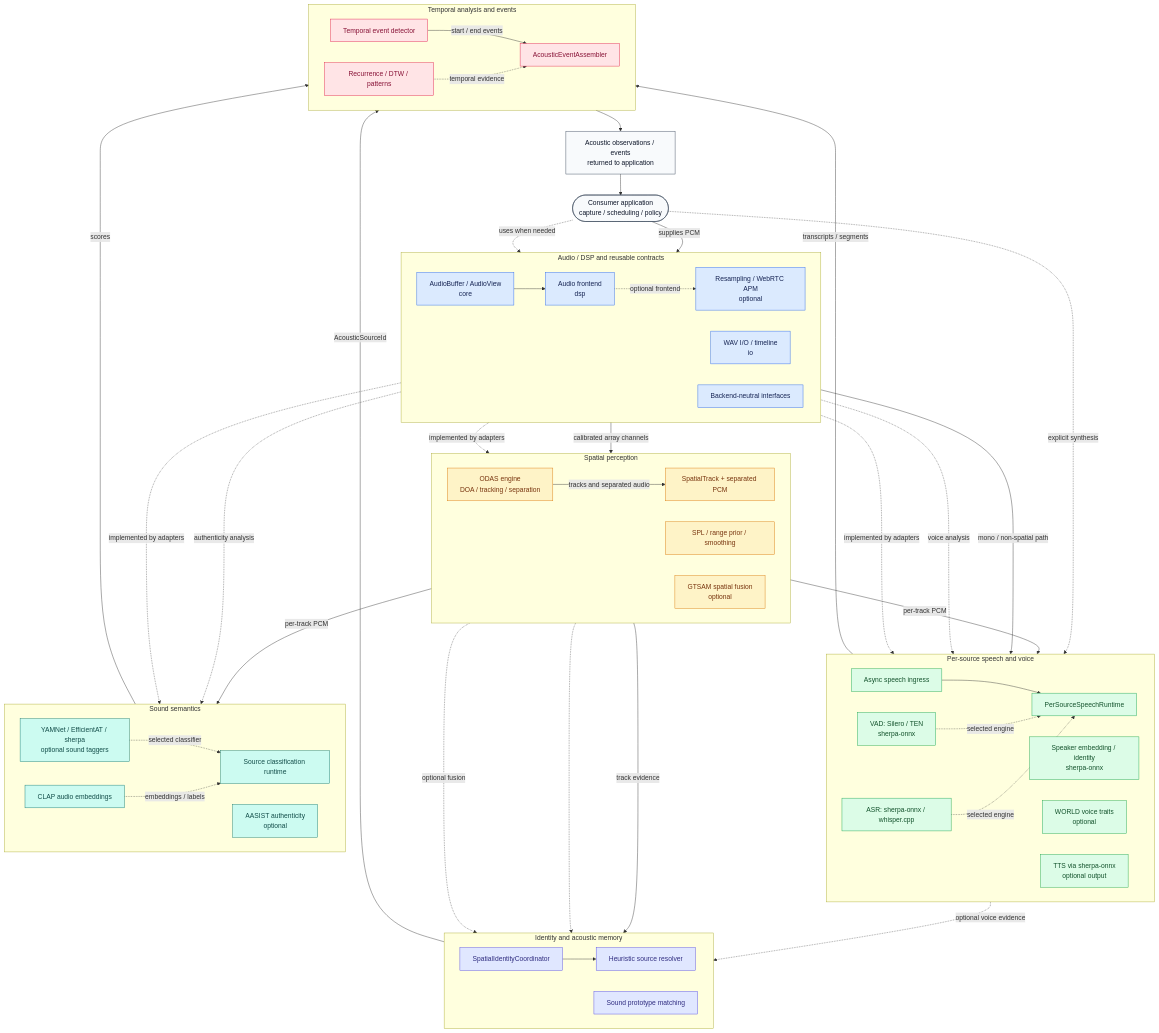
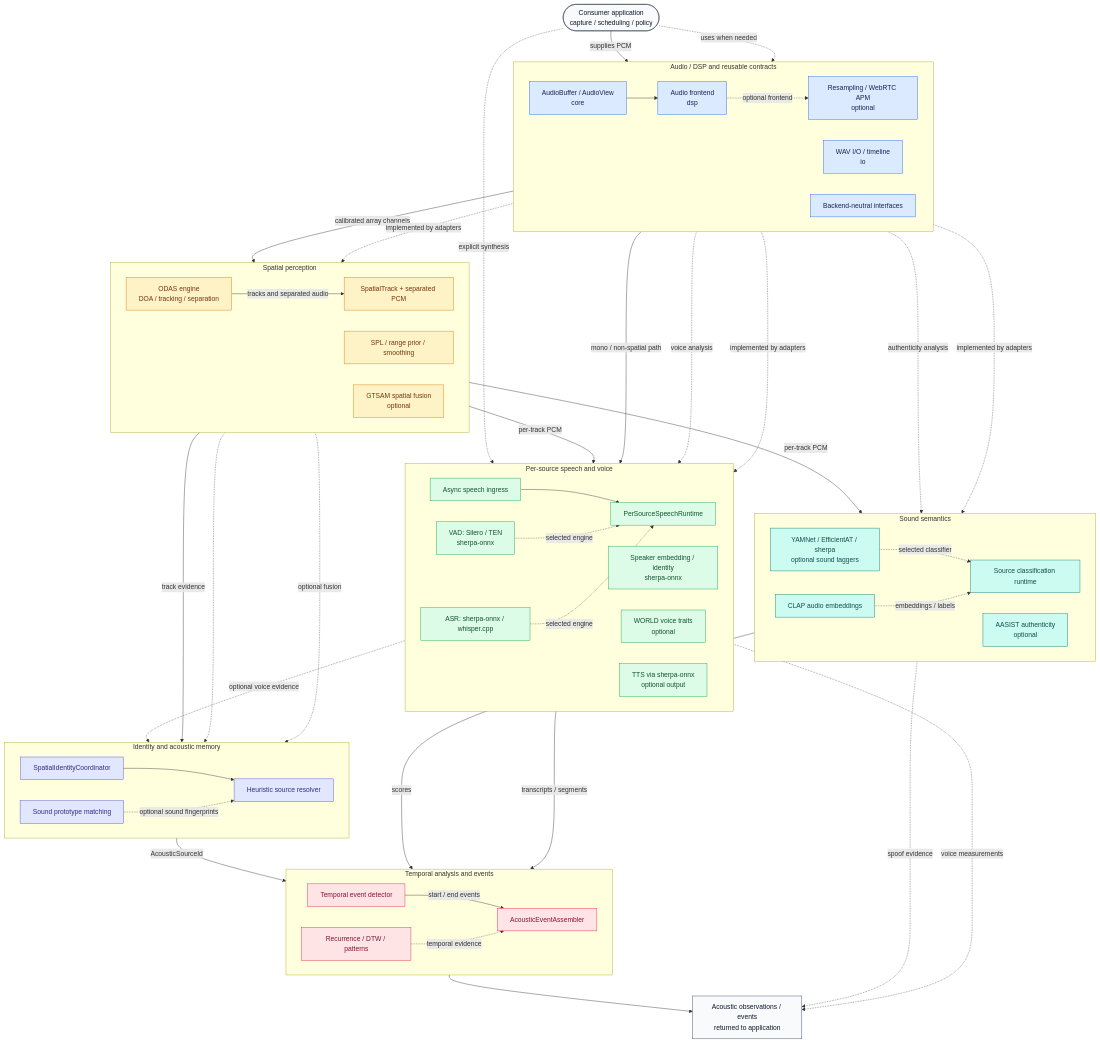
One commit to ARDev1161/libaudition changed the diagram in docs/index.md. Above: the diagram before and after it, drawn with Mermaid.

Commit message:
docs(architecture): clarify optional evidence paths and avoid cyclic diagram layout

```diff
--- a/docs/index.md
+++ b/docs/index.md
@@ -85,16 +85,19 @@
   ASR -.->|"selected engine"| SPEECH_RT
   SPKR -.->|"optional voice evidence"| RESOLVER
   FRONT -.->|"voice analysis"| VOICE
+  VOICE -.->|"voice measurements"| RESULT
   CLASS_RT -->|"scores"| DETECT
   TAG -.->|"selected classifier"| CLASS_RT
   CLAP -.->|"embeddings / labels"| CLASS_RT
   BUF -.->|"authenticity analysis"| AUTH
+  AUTH -.->|"spoof evidence"| RESULT
   RESOLVER -->|"AcousticSourceId"| ASSEMBLER
+  PROTOTYPE -.->|"optional sound fingerprints"| RESOLVER
   SPEECH_RT -->|"transcripts / segments"| ASSEMBLER
   DETECT -->|"start / end events"| ASSEMBLER
   PATTERN -.->|"temporal evidence"| ASSEMBLER
   ASSEMBLER --> RESULT
-  RESULT --> APP
+  %% The application consumes RESULT; avoid a graph cycle back to APP.
   APP -.->|"explicit synthesis"| TTS
   PORTS -.->|"implemented by adapters"| TAG
   PORTS -.->|"implemented by adapters"| VAD
```
